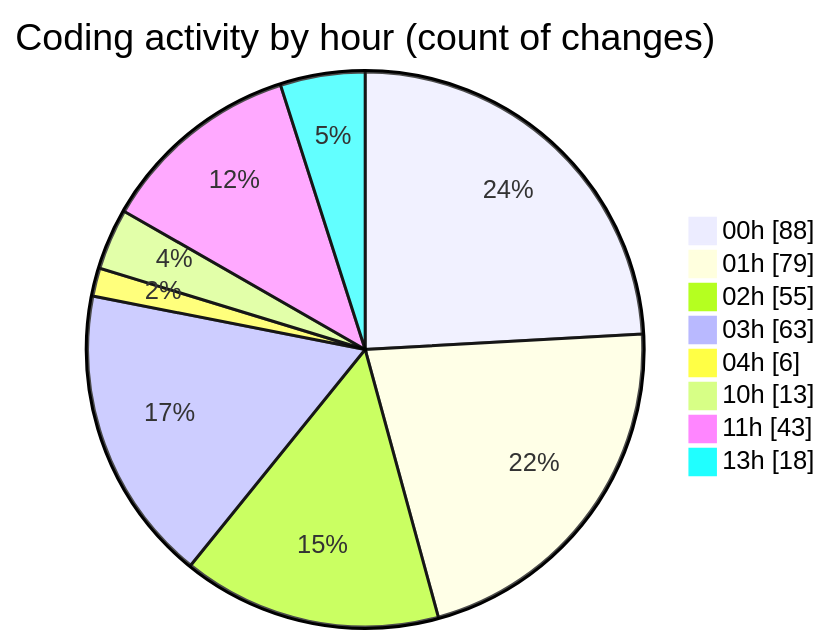
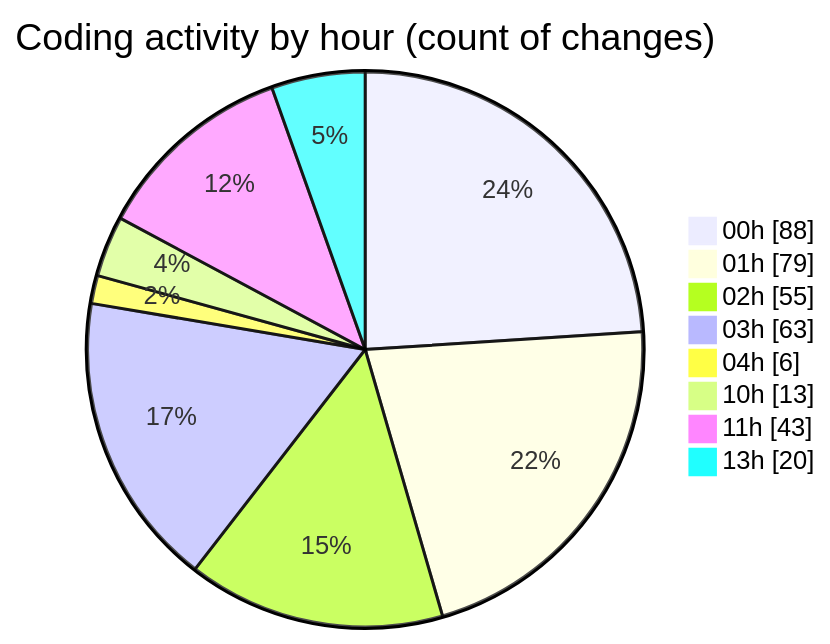
One commit to lephambinh05/code-tracking changed the second of 2 diagrams in 2025-08-16/rentotp/README.md. Above: the diagram before and after it, drawn with Mermaid. The commit also changed other lines of this file and 1 other file, not shown here.

````diff
--- a/2025-08-16/rentotp/README.md
+++ b/2025-08-16/rentotp/README.md
@@ -85,12 +86,12 @@
 ```mermaid
 pie showData
 title Coding activity by hour (count of changes)
 "00h" : 88
 "01h" : 79
 "02h" : 55
 "03h" : 63
 "04h" : 6
 "10h" : 13
 "11h" : 43
-"13h" : 18
+"13h" : 20
 ```
````
